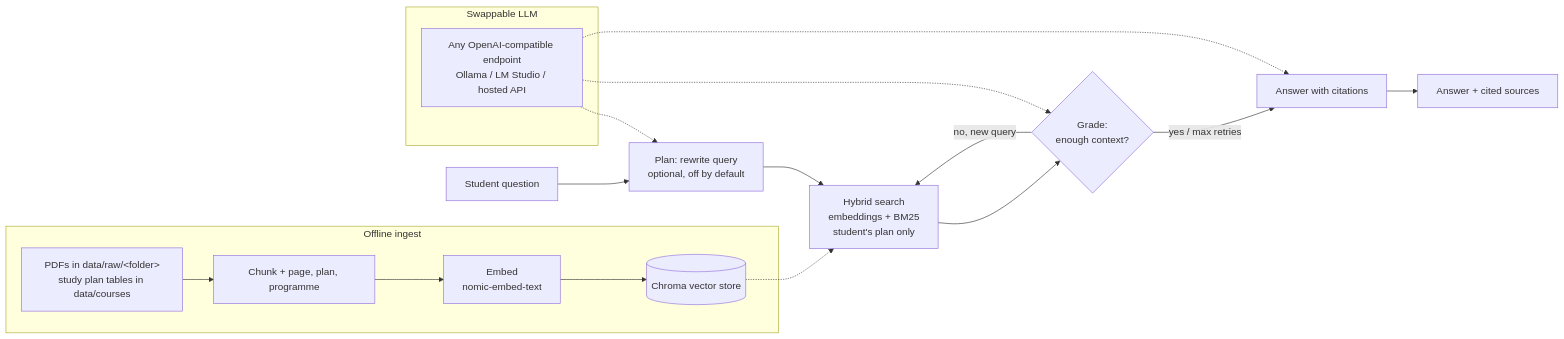
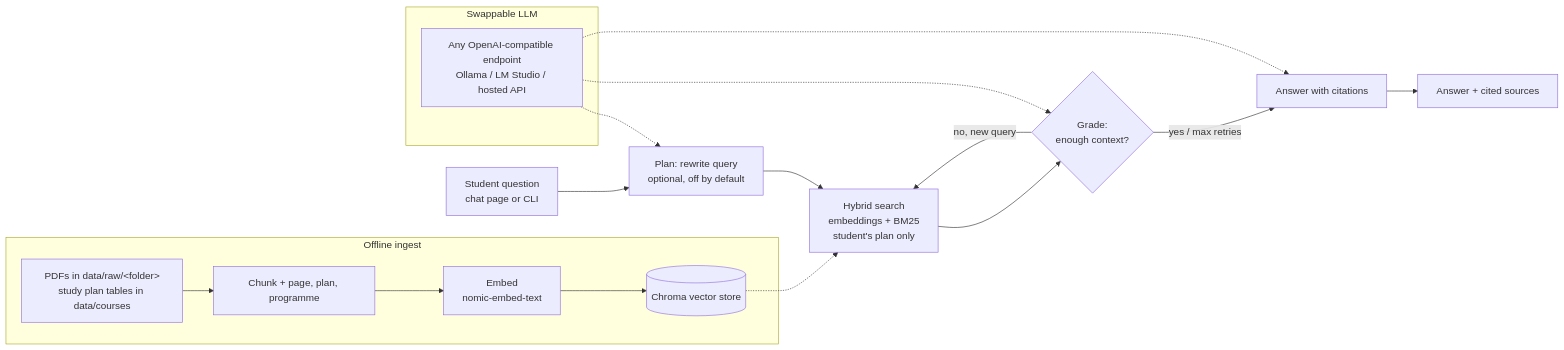
One commit to hrithikhwn/iium-course-assistant changed the diagram in README.md. Above: the diagram before and after it, drawn with Mermaid. The commit also changed other lines of this file, not shown here.

````diff
--- a/README.md
+++ b/README.md
@@ -22,21 +34,21 @@
 ```mermaid
 flowchart LR
-    Q[Student question] --> P[Plan: rewrite query<br/>optional, off by default]
+    Q[Student question<br/>chat page or CLI] --> P[Plan: rewrite query<br/>optional, off by default]
     P --> R[Hybrid search<br/>embeddings + BM25<br/>student's plan only]
     R --> G{Grade:<br/>enough context?}
     G -- no, new query --> R
     G -- yes / max retries --> A[Answer with citations]
     A --> OUT[Answer + cited sources]
 
     subgraph Ingest [Offline ingest]
         D[PDFs in data/raw/&lt;folder&gt;<br/>study plan tables in data/courses] --> C[Chunk + page, plan, programme]
         C --> E[Embed<br/>nomic-embed-text]
         E --> V[(Chroma vector store)]
     end
     V -.-> R
 
     subgraph Model [Swappable LLM]
         L[Any OpenAI-compatible endpoint<br/>Ollama / LM Studio / hosted API]
     end
     L -.-> P & G & A
 ```
````
